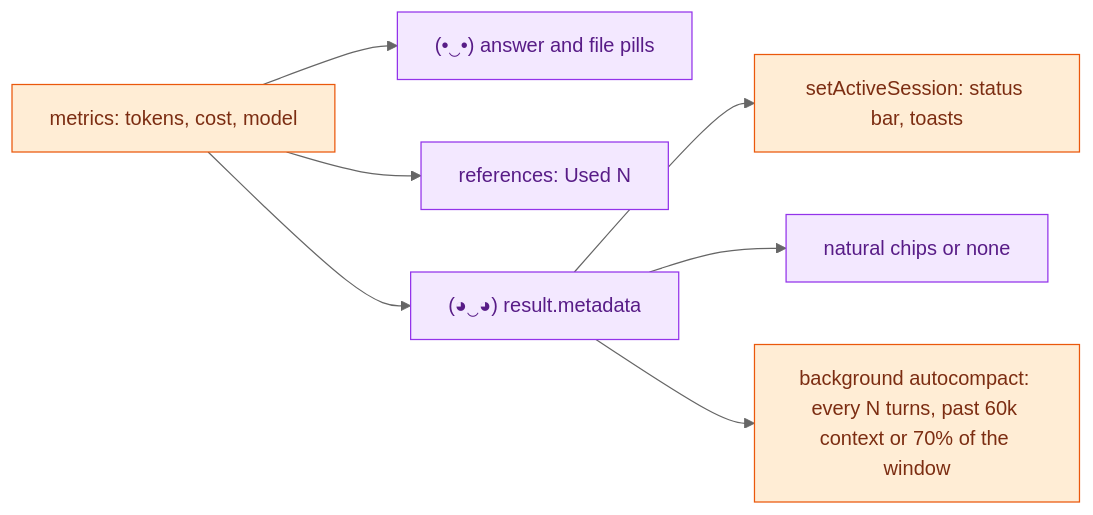
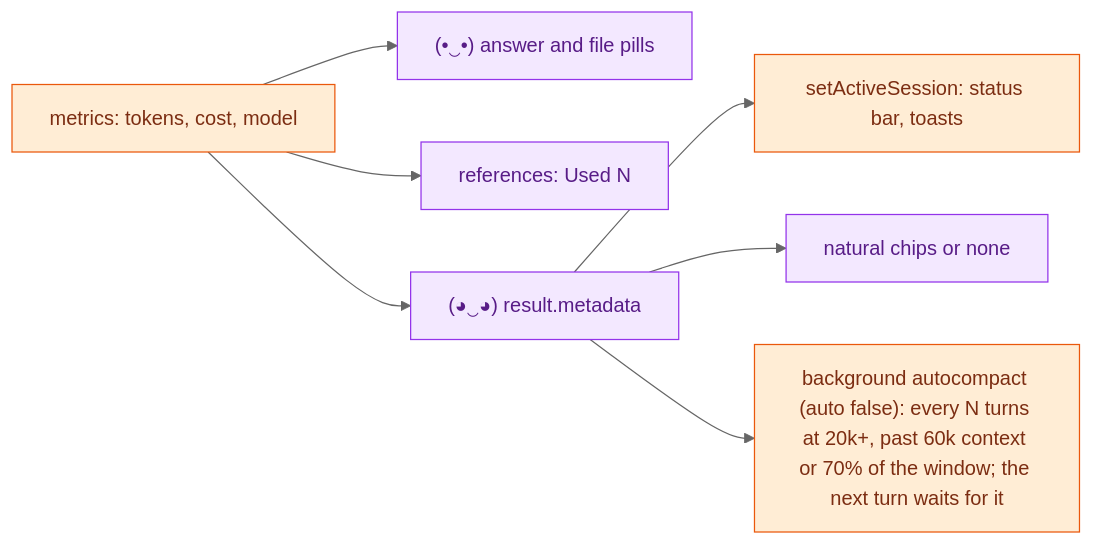
Before and after one commit to Artsrun/oc-copilot: the second of 2 diagrams in docs/flow/03-transport.md, drawn with Mermaid (neutral theme). The commit also changed other lines of this file and 34 other files, not shown here.

First line of the commit message:
0.0.207: autocompact no longer runs a hidden turn, answers stream, prewarmed server, follow-ups that fit the failure

````diff
--- a/docs/flow/03-transport.md
+++ b/docs/flow/03-transport.md
@@ -88,11 +92,11 @@
 ```mermaid
 flowchart LR
   classDef bridge fill:#ffedd5,stroke:#ea580c,color:#7c2d12
   classDef back fill:#f3e8ff,stroke:#9333ea,color:#581c87
   M["metrics: tokens, cost, model"]:::bridge --> A["(•‿•) answer and file pills"]:::back
   M --> R["references: Used N"]:::back
   M --> MD["(◕‿◕) result.metadata"]:::back
   MD --> SES["setActiveSession: status bar, toasts"]:::bridge
   MD --> CH["natural chips or none"]:::back
-  MD --> AC["background autocompact: every N turns, past 60k context or 70% of the window"]:::bridge
+  MD --> AC["background autocompact (auto false): every N turns at 20k+, past 60k context or 70% of the window; the next turn waits for it"]:::bridge
 ```
````
